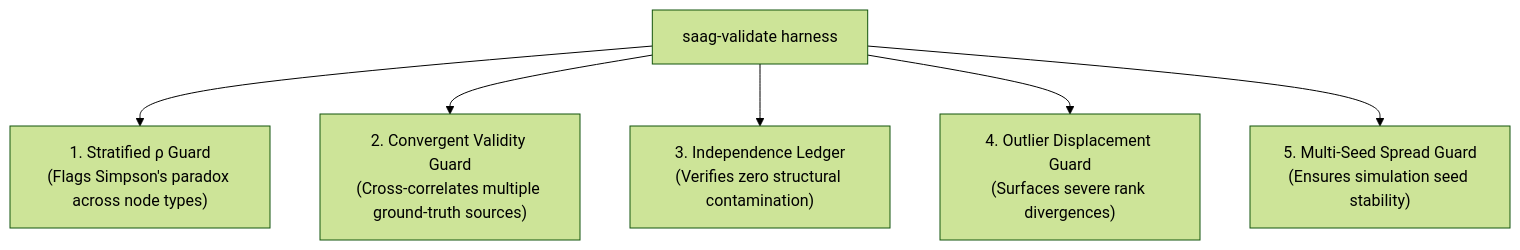
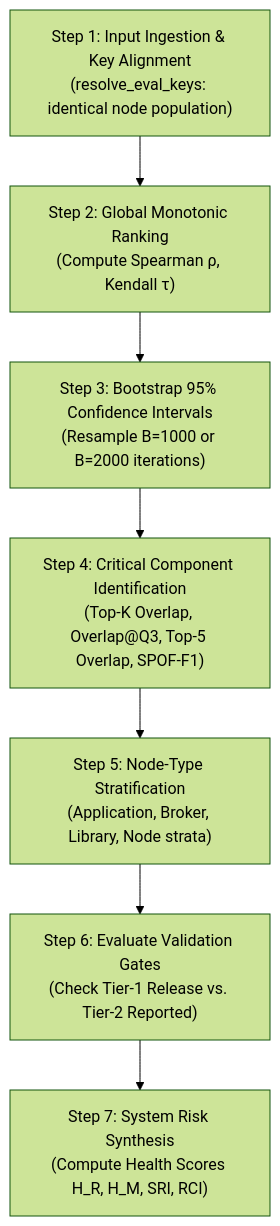
The fourth of 4 diagrams in docs/validation.md (onuralpyigit/software-as-a-graph), drawn with Mermaid (forest theme) before and after one commit. The commit also changed other lines of this file and 16 other files, not shown here.

````diff
--- a/docs/validation.md
+++ b/docs/validation.md
@@ -402,9 +225,9 @@
 ```mermaid
 flowchart TD
-    H["saag-validate harness"]
-    H --> G1["1. Stratified ρ Guard<br>(Flags Simpson's paradox across node types)"]
-    H --> G2["2. Convergent Validity Guard<br>(Cross-correlates multiple ground-truth sources)"]
-    H --> G3["3. Independence Ledger<br>(Verifies zero structural contamination)"]
-    H --> G4["4. Outlier Displacement Guard<br>(Surfaces severe rank divergences)"]
-    H --> G5["5. Multi-Seed Spread Guard<br>(Ensures simulation seed stability)"]
+    S1["Step 1: Input Ingestion & Key Alignment<br>(resolve_eval_keys: identical node population)"] --> S2["Step 2: Global Monotonic Ranking<br>(Compute Spearman ρ, Kendall τ)"]
+    S2 --> S3["Step 3: Bootstrap 95% Confidence Intervals<br>(Resample B=1000 or B=2000 iterations)"]
+    S3 --> S4["Step 4: Critical Component Identification<br>(Top-K Overlap, Overlap@Q3, Top-5 Overlap, SPOF-F1)"]
+    S4 --> S5["Step 5: Node-Type Stratification<br>(Application, Broker, Library, Node strata)"]
+    S5 --> S6["Step 6: Evaluate Validation Gates<br>(Check Tier-1 Release vs. Tier-2 Reported)"]
+    S6 --> S7["Step 7: System Risk Synthesis<br>(Compute Health Scores H_R, H_M, SRI, RCI)"]
 ```
````
